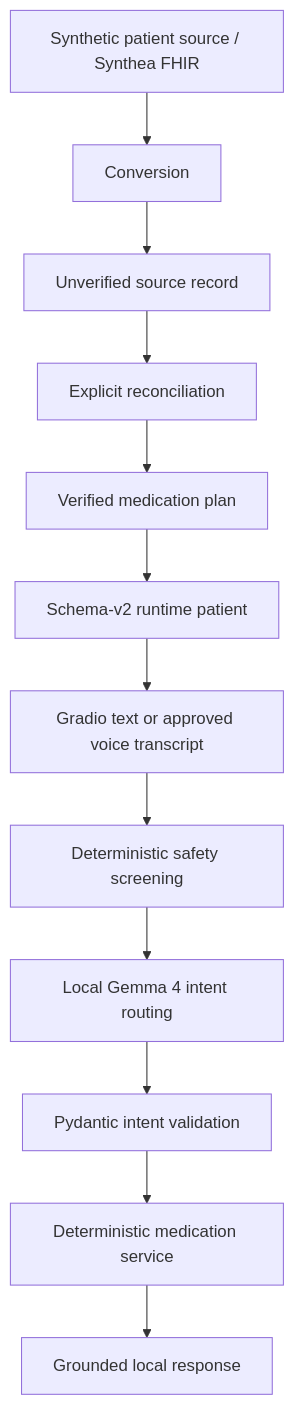
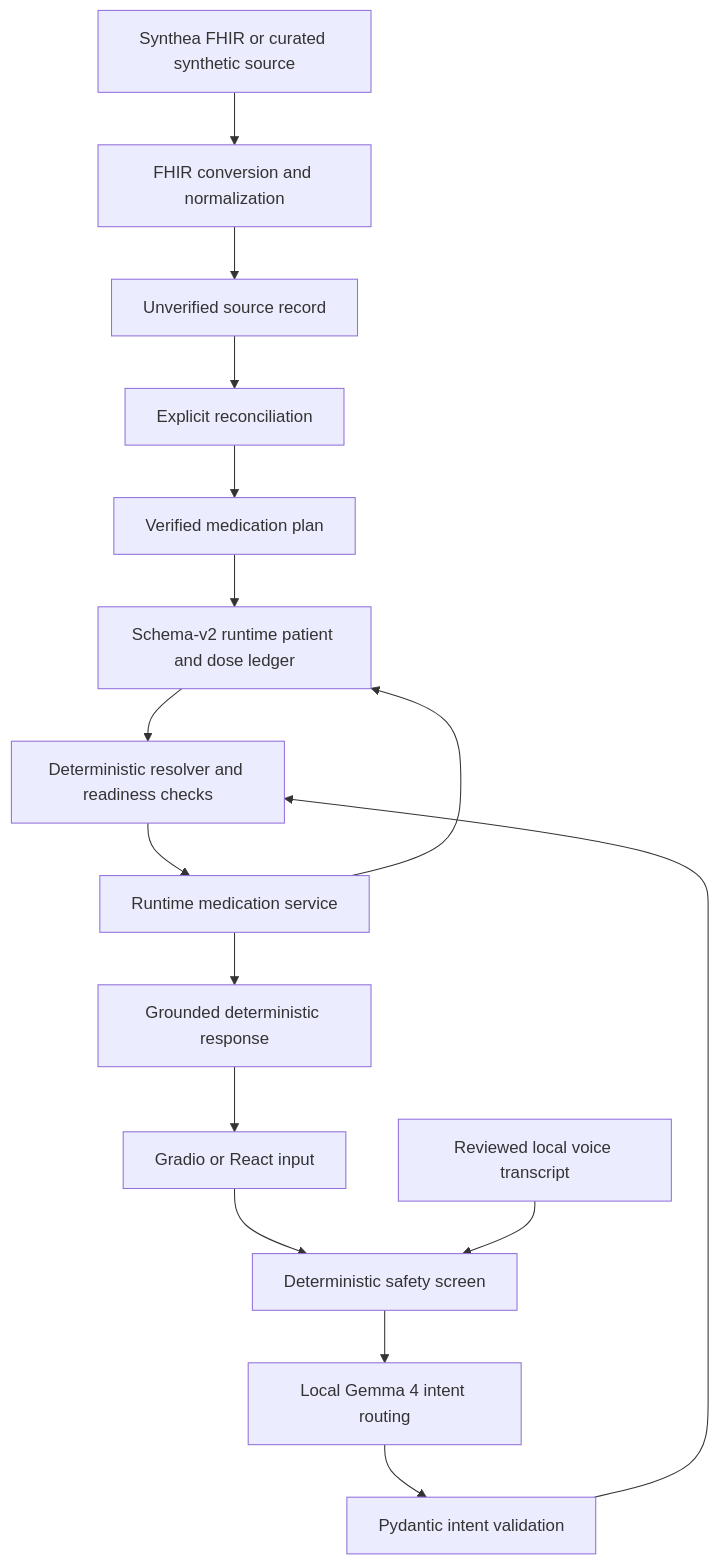
The diagram in README.md (akshayatam/medicopilot), drawn with Mermaid before and after one commit. The commit also changed other lines of this file and 33 other files, not shown here.

````diff
--- a/README.md
+++ b/README.md
@@ -13,14 +13,18 @@
 ```mermaid
 flowchart TD
-    A[Synthetic patient source / Synthea FHIR] --> B[Conversion]
+    A[Synthea FHIR or curated synthetic source] --> B[FHIR conversion and normalization]
     B --> C[Unverified source record]
     C --> D[Explicit reconciliation]
     D --> E[Verified medication plan]
-    E --> F[Schema-v2 runtime patient]
-    F --> G[Gradio text or approved voice transcript]
-    G --> H[Deterministic safety screening]
-    H --> I[Local Gemma 4 intent routing]
-    I --> J[Pydantic intent validation]
-    J --> K[Deterministic medication service]
-    K --> L[Grounded local response]
+    E --> F[Schema-v2 runtime patient and dose ledger]
+    U[Gradio or React input] --> S[Deterministic safety screen]
+    V[Reviewed local voice transcript] --> S
+    S --> G[Local Gemma 4 intent routing]
+    G --> P[Pydantic intent validation]
+    P --> R[Deterministic resolver and readiness checks]
+    F --> R
+    R --> M[Runtime medication service]
+    M --> F
+    M --> O[Grounded deterministic response]
+    O --> U
 ```
````
